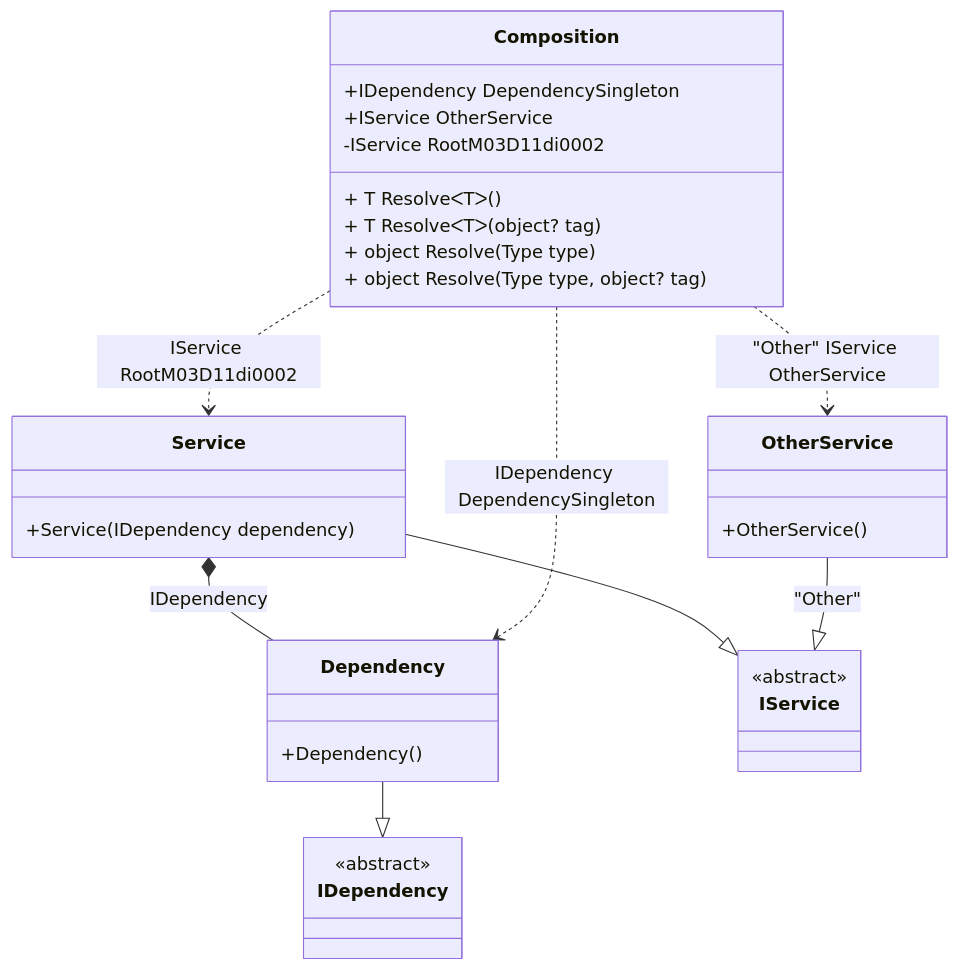
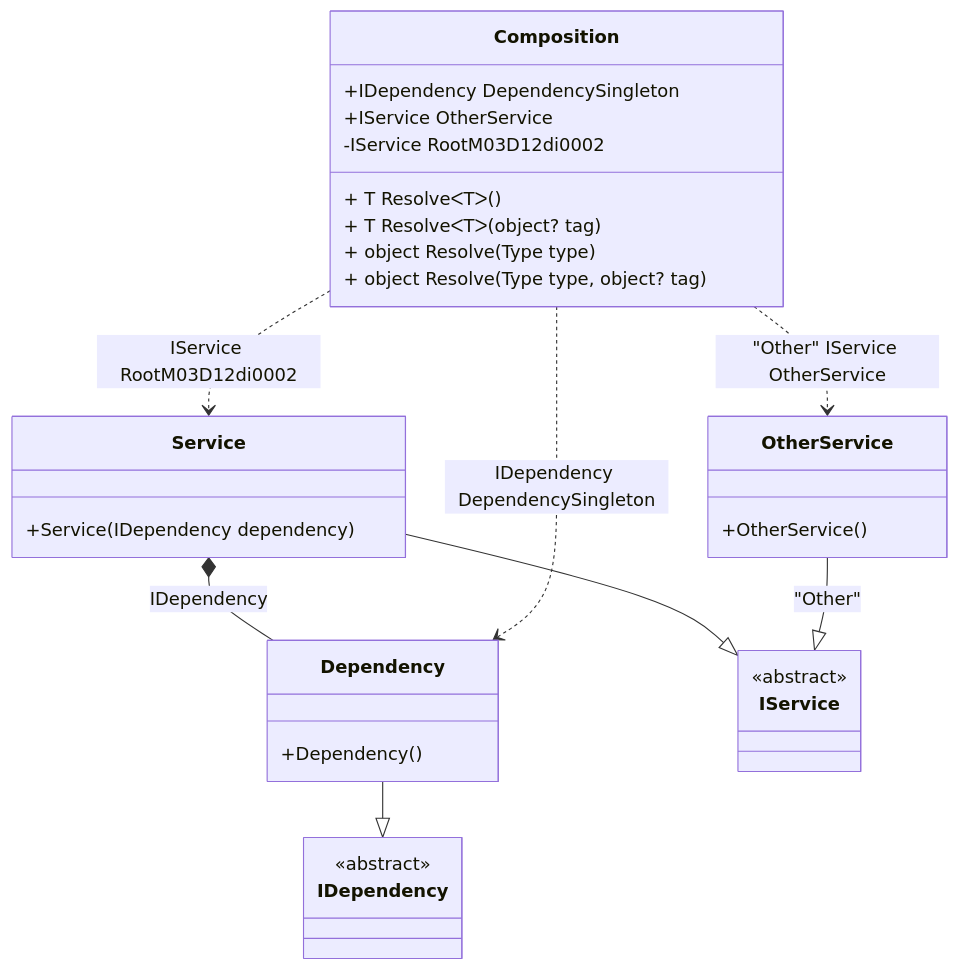
The diagram in readme/resolve-methods.md (DevTeam/Pure.DI), drawn with Mermaid before and after one commit. The commit also changed other lines of this file and 75 other files, not shown here.

````diff
--- a/readme/resolve-methods.md
+++ b/readme/resolve-methods.md
@@ -45,34 +45,34 @@
 ```mermaid
 classDiagram
   class Composition {
     +IDependency DependencySingleton
     +IService OtherService
-    -IService RootM03D11di0002
+    -IService RootM03D12di0002
     + T ResolveᐸTᐳ()
     + T ResolveᐸTᐳ(object? tag)
     + object Resolve(Type type)
     + object Resolve(Type type, object? tag)
   }
   Dependency --|> IDependency : 
   class Dependency {
     +Dependency()
   }
   Service --|> IService : 
   class Service {
     +Service(IDependency dependency)
   }
   OtherService --|> IService : "Other" 
   class OtherService {
     +OtherService()
   }
   class IDependency {
     <<abstract>>
   }
   class IService {
     <<abstract>>
   }
   Service *--  Dependency : IDependency
   Composition ..> Dependency : IDependency DependencySingleton
-  Composition ..> Service : IService RootM03D11di0002
+  Composition ..> Service : IService RootM03D12di0002
   Composition ..> OtherService : "Other" IService OtherService
 ```
````
